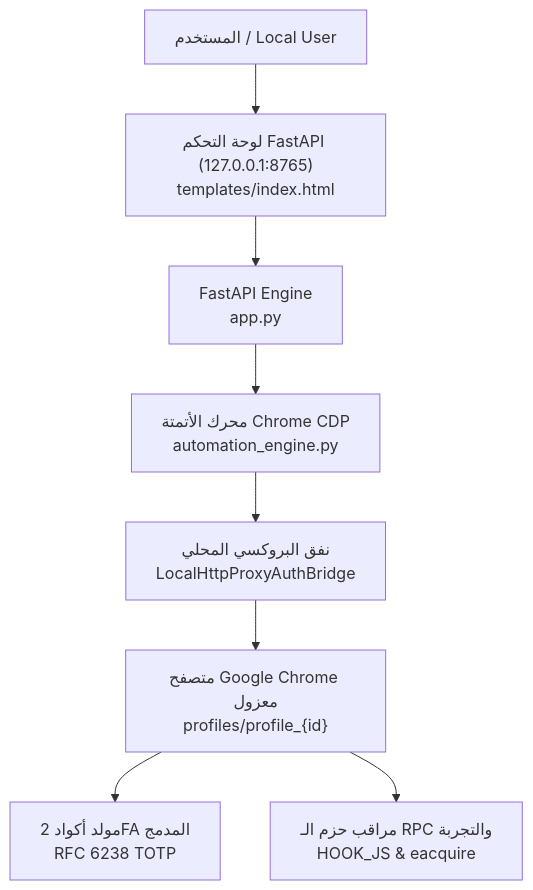
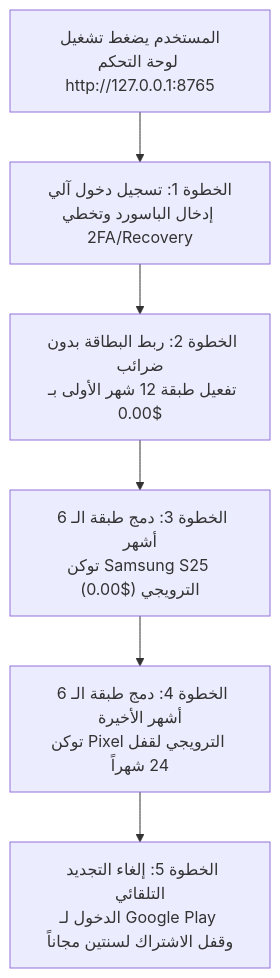
Before and after one commit to AI2025Arab/google-ai-pro-automation: the diagram in README.md, drawn with Mermaid. The commit also changed other lines of this file and 3 other files, not shown here.

````diff
--- a/README.md
+++ b/README.md
@@ -39,10 +47,8 @@
 ```mermaid
 flowchart TD
-    User["المستخدم / Local User"] --> Dashboard["لوحة التحكم FastAPI (127.0.0.1:8765)<br/>templates/index.html"]
-    Dashboard --> Server["FastAPI Engine<br/>app.py"]
-    Server --> Engine["محرك الأتمتة Chrome CDP<br/>automation_engine.py"]
-    Engine --> Proxy["نفق البروكسي المحلي<br/>LocalHttpProxyAuthBridge"]
-    Proxy --> Browser["متصفح Google Chrome معزول<br/>profiles/profile_{id}"]
-    Browser --> TOTP["مولد أكواد 2FA المدمج<br/>RFC 6238 TOTP"]
-    Browser --> Interceptor["مراقب حزم الـ RPC والتجربة<br/>HOOK_JS & eacquire"]
+    A["المستخدم يضغط تشغيل<br/>لوحة التحكم http://127.0.0.1:8765"] --> B["الخطوة 1: تسجيل دخول آلي<br/>إدخال الباسورد وتخطي 2FA/Recovery"]
+    B --> C["الخطوة 2: ربط البطاقة بدون ضرائب<br/>تفعيل طبقة 12 شهر الأولى بـ $0.00"]
+    C --> D["الخطوة 3: دمج طبقة الـ 6 أشهر<br/>توكن Samsung S25 الترويجي ($0.00)"]
+    D --> E["الخطوة 4: دمج طبقة الـ 6 أشهر الأخيرة<br/>توكن Pixel الترويجي لقفل 24 شهراً"]
+    E --> F["الخطوة 5: إلغاء التجديد التلقائي<br/>الدخول لـ Google Play وقفل الاشتراك لسنتين مجاناً"]
 ```
````
